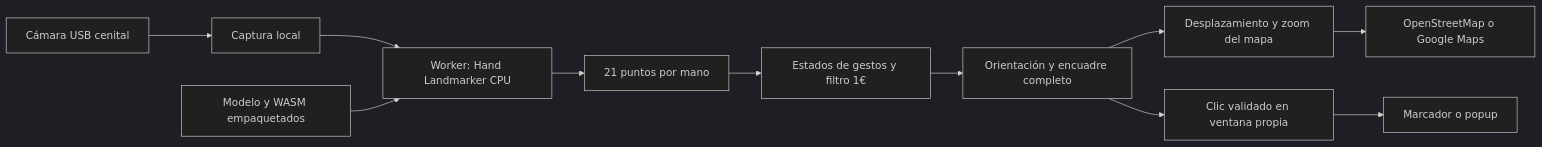
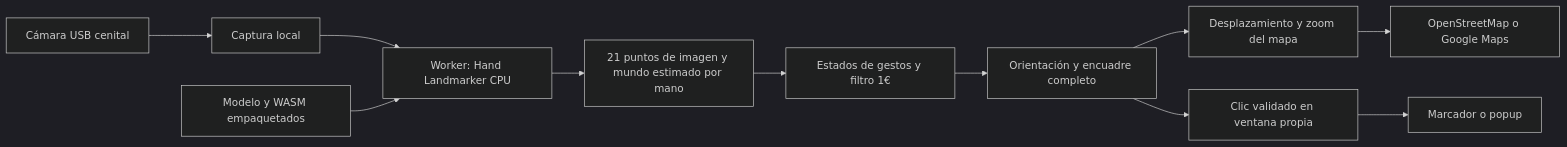
One commit to eeminionn/labTecnologiasEmergentes changed the diagram in mapaGestualMLR/README.md. Above: the diagram before and after it, drawn with Mermaid (dark theme). The commit also changed other lines of this file and 12 other files, not shown here.

````diff
--- a/mapaGestualMLR/README.md
+++ b/mapaGestualMLR/README.md
@@ -34,13 +34,13 @@
 ```mermaid
 flowchart LR
     A[Cámara USB cenital] --> B[Captura local]
     B --> C[Worker: Hand Landmarker CPU]
-    C --> D[21 puntos por mano]
+    C --> D[21 puntos de imagen y mundo estimado por mano]
     D --> E[Estados de gestos y filtro 1€]
     E --> F[Orientación y encuadre completo]
     F --> G[Desplazamiento y zoom del mapa]
     F --> H[Clic validado en ventana propia]
     H --> I[Marcador o popup]
     G --> J[OpenStreetMap o Google Maps]
     K[Modelo y WASM empaquetados] --> C
 ```
````
